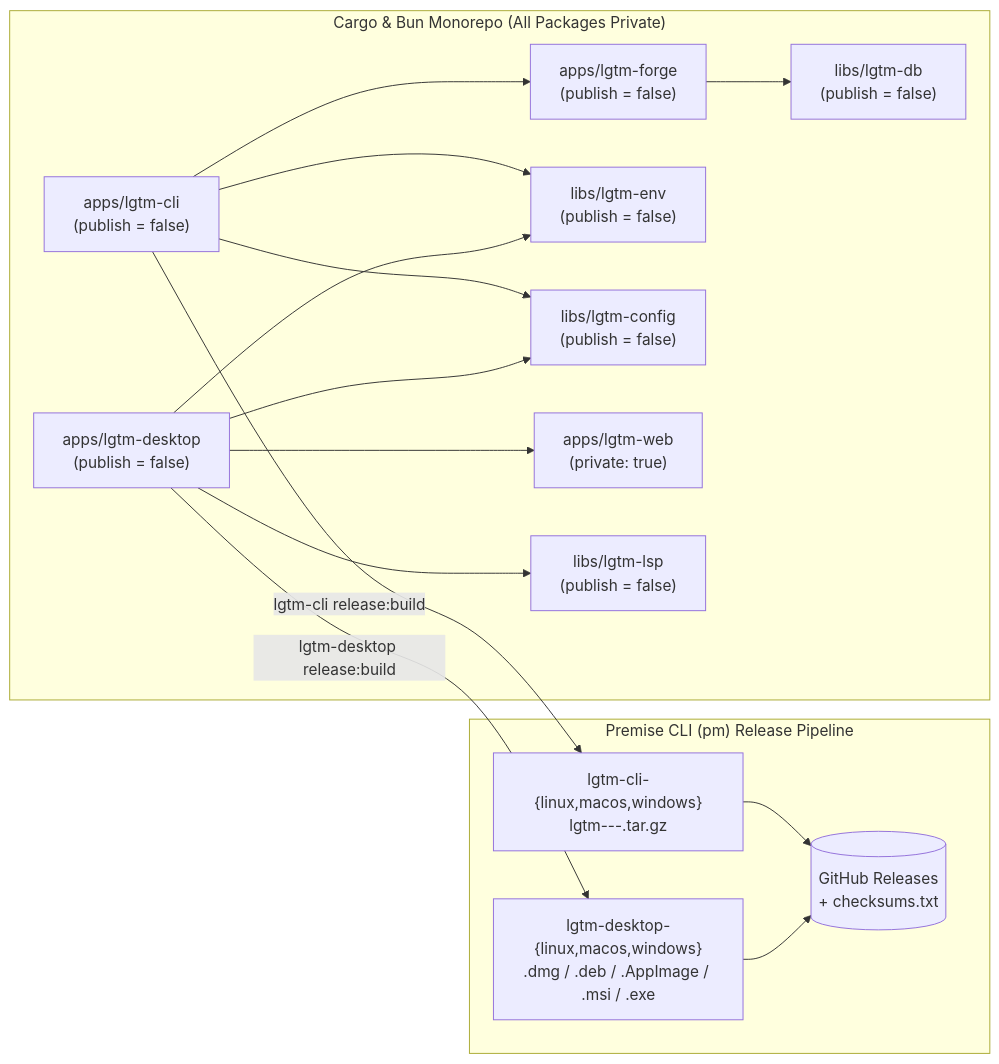
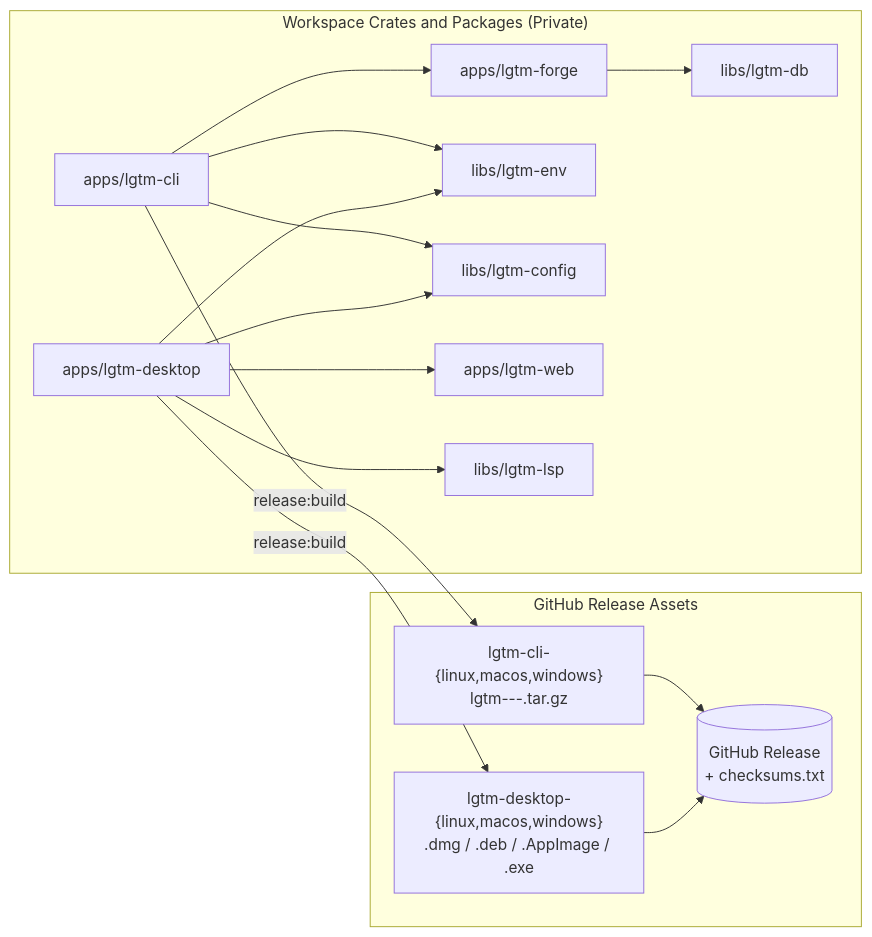
The second of 4 diagrams in docs/ci.md (difflab-io/lgtm), drawn with Mermaid before and after one commit. The commit also changed other lines of this file and 16 other files, not shown here.

Commit message:
docs: simplify architecture requirements and rewrite ci guide with diagrams

````diff
--- a/docs/ci.md
+++ b/docs/ci.md
@@ -23,20 +26,20 @@
 ```mermaid
 flowchart LR
-    subgraph Workspace["Cargo & Bun Monorepo (All Packages Private)"]
-        CLI["apps/lgtm-cli\n(publish = false)"] --> FORGE["apps/lgtm-forge\n(publish = false)"]
-        CLI --> ENV["libs/lgtm-env\n(publish = false)"]
-        CLI --> CFG["libs/lgtm-config\n(publish = false)"]
-        FORGE --> DB["libs/lgtm-db\n(publish = false)"]
-        DESK["apps/lgtm-desktop\n(publish = false)"] --> WEB["apps/lgtm-web\n(private: true)"]
-        DESK --> LSP["libs/lgtm-lsp\n(publish = false)"]
+    subgraph Workspace["Workspace Crates and Packages (Private)"]
+        CLI["apps/lgtm-cli"] --> FORGE["apps/lgtm-forge"]
+        CLI --> ENV["libs/lgtm-env"]
+        CLI --> CFG["libs/lgtm-config"]
+        FORGE --> DB["libs/lgtm-db"]
+        DESK["apps/lgtm-desktop"] --> WEB["apps/lgtm-web"]
+        DESK --> LSP["libs/lgtm-lsp"]
         DESK --> ENV
         DESK --> CFG
     end
 
-    subgraph PremiseCI["Premise CLI (pm) Release Pipeline"]
-        CLI -->|"lgtm-cli release:build"| STAGE_CLI["lgtm-cli-{linux,macos,windows}\nlgtm-<ver>-<os>-<arch>.tar.gz"]
-        DESK -->|"lgtm-desktop release:build"| STAGE_DESK["lgtm-desktop-{linux,macos,windows}\n.dmg / .deb / .AppImage / .msi / .exe"]
-        STAGE_CLI --> GH_REL[("GitHub Releases\n+ checksums.txt")]
-        STAGE_DESK --> GH_REL
+    subgraph Release["GitHub Release Assets"]
+        CLI -->|"release:build"| CLI_ART["lgtm-cli-{linux,macos,windows}\nlgtm-<ver>-<os>-<arch>.tar.gz"]
+        DESK -->|"release:build"| DESK_ART["lgtm-desktop-{linux,macos,windows}\n.dmg / .deb / .AppImage / .exe"]
+        CLI_ART --> GH[("GitHub Release\n+ checksums.txt")]
+        DESK_ART --> GH
     end
 ```
````
